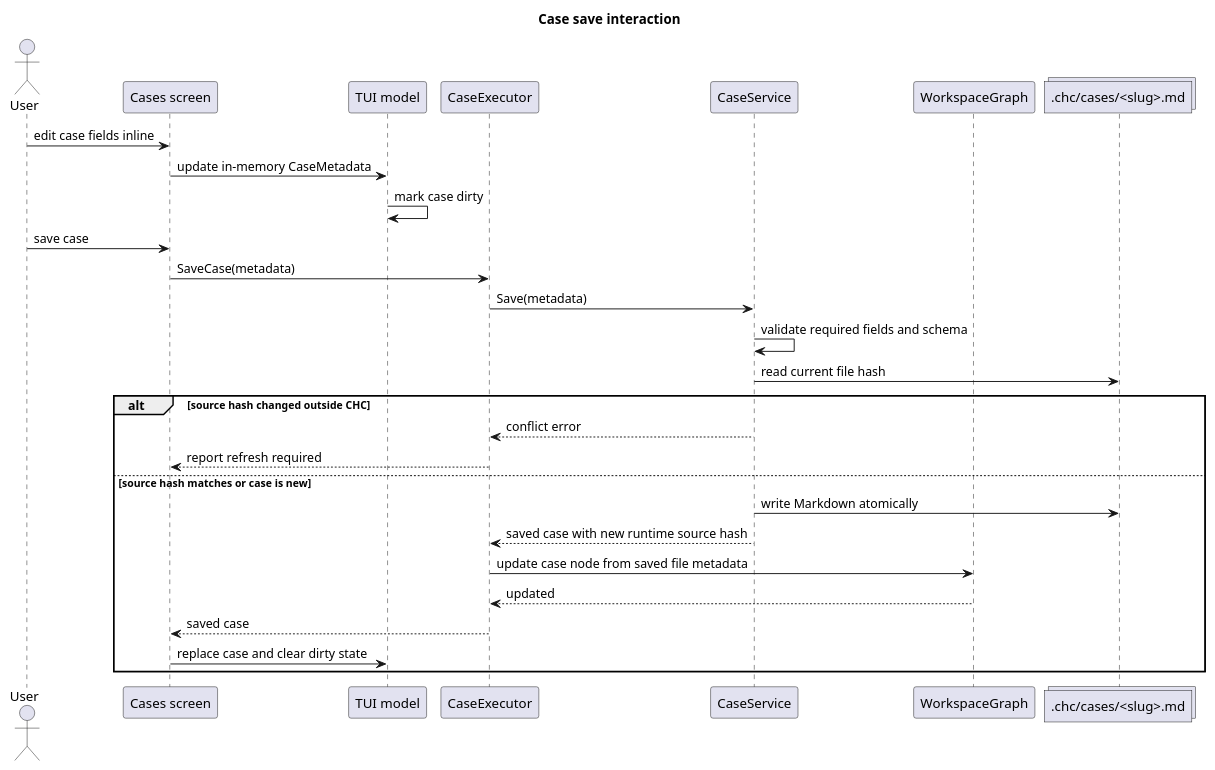
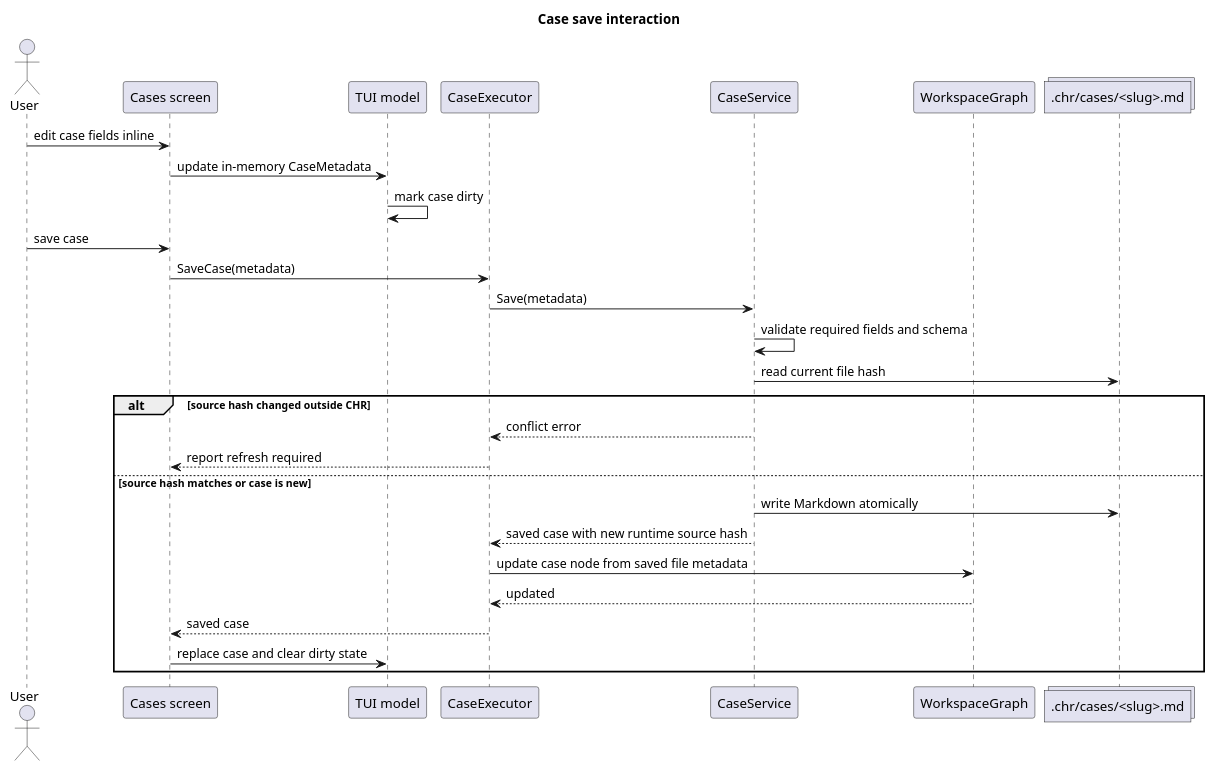
The second of 4 diagrams in .prj/specs/specs/tui-cases-screen.md (adrianpk/chr), drawn with PlantUML before and after one commit. The commit also changed other lines of this file and 1145 other files, not shown here.

````diff
--- a/.prj/specs/specs/tui-cases-screen.md
+++ b/.prj/specs/specs/tui-cases-screen.md
@@ -151,37 +151,37 @@
 ```plantuml
 @startuml
 title Case save interaction
 
 actor User
 participant "Cases screen" as UI
 participant "TUI model" as Model
 participant "CaseExecutor" as Executor
 participant "CaseService" as Service
 participant "WorkspaceGraph" as Graph
-collections ".chc/cases/<slug>.md" as File
+collections ".chr/cases/<slug>.md" as File
 
 User -> UI: edit case fields inline
 UI -> Model: update in-memory CaseMetadata
 Model -> Model: mark case dirty
 
 User -> UI: save case
 UI -> Executor: SaveCase(metadata)
 Executor -> Service: Save(metadata)
 
 Service -> Service: validate required fields and schema
 Service -> File: read current file hash
 
-alt source hash changed outside CHC
+alt source hash changed outside CHR
     Service --> Executor: conflict error
     Executor --> UI: report refresh required
 else source hash matches or case is new
     Service -> File: write Markdown atomically
     Service --> Executor: saved case with new runtime source hash
     Executor -> Graph: update case node from saved file metadata
     Graph --> Executor: updated
     Executor --> UI: saved case
     UI -> Model: replace case and clear dirty state
 end
 
 @enduml
 ```
````
